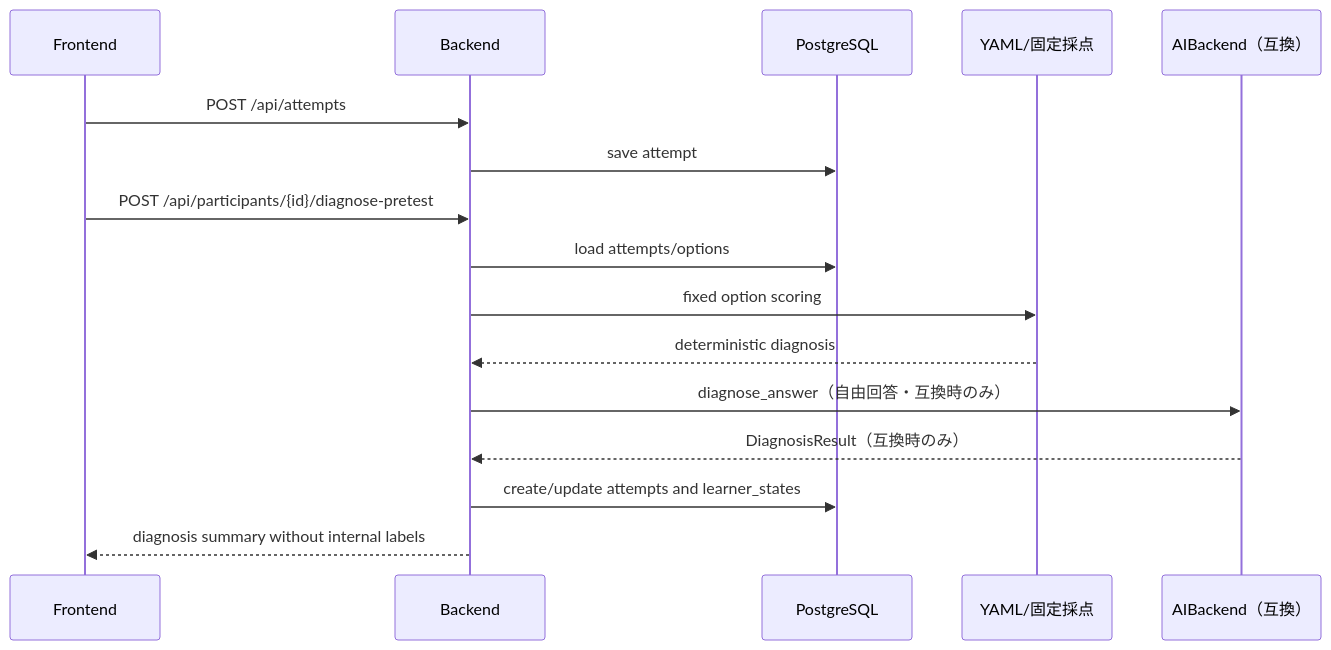
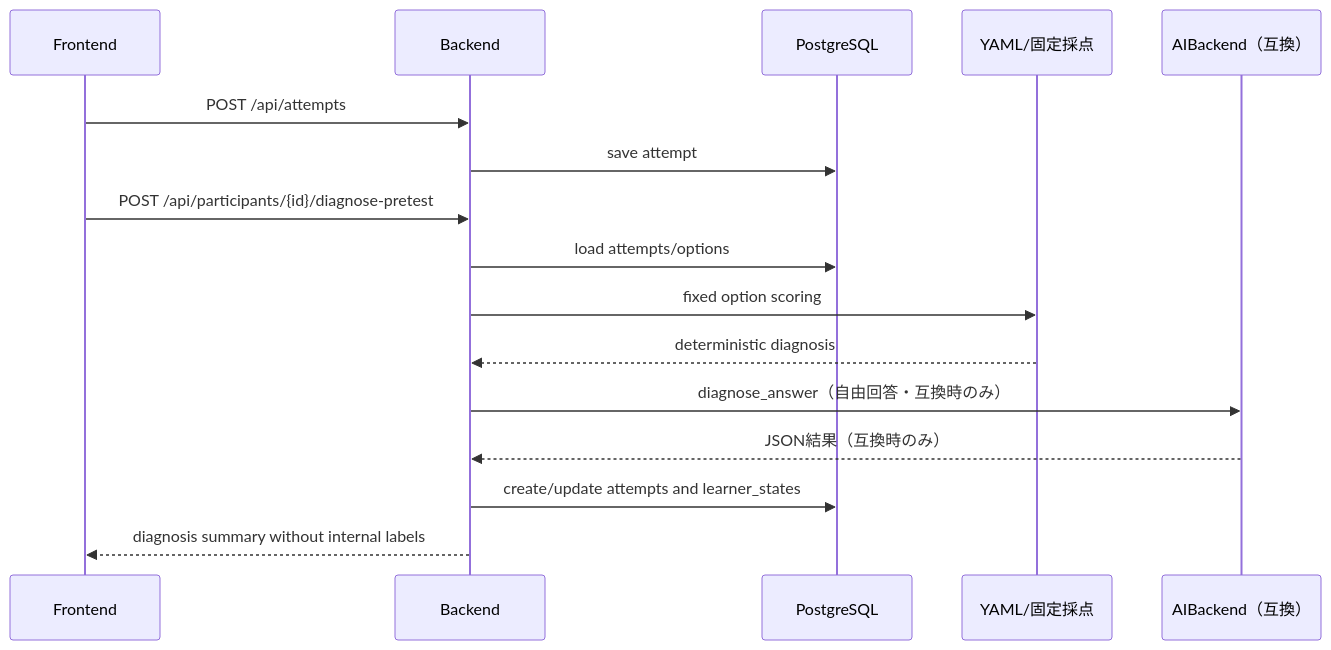
Before and after one commit to Hiroki252516/gogainen_bot: the first of 2 diagrams in docs/05_system_architecture.md, drawn with Mermaid. The commit also changed other lines of this file and 19 other files, not shown here.

````diff
--- a/docs/05_system_architecture.md
+++ b/docs/05_system_architecture.md
@@ -139,18 +143,18 @@
 ```mermaid
 sequenceDiagram
   participant F as Frontend
   participant B as Backend
   participant DB as PostgreSQL
   participant Y as YAML/固定採点
   participant AI as AIBackend（互換）
   F->>B: POST /api/attempts
   B->>DB: save attempt
   F->>B: POST /api/participants/{id}/diagnose-pretest
   B->>DB: load attempts/options
   B->>Y: fixed option scoring
   Y-->>B: deterministic diagnosis
   B->>AI: diagnose_answer（自由回答・互換時のみ）
-  AI-->>B: DiagnosisResult（互換時のみ）
+  AI-->>B: JSON結果（互換時のみ）
   B->>DB: create/update attempts and learner_states
   B-->>F: diagnosis summary without internal labels
 ```
````
